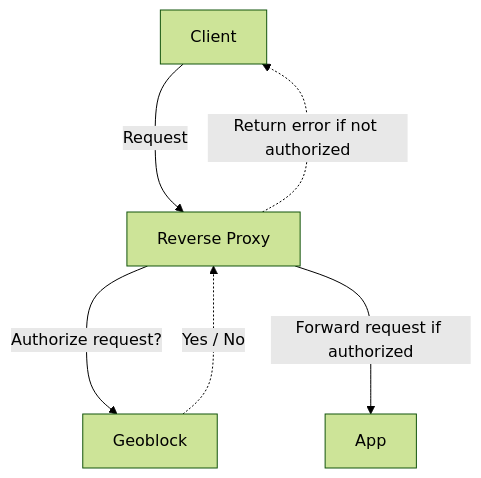
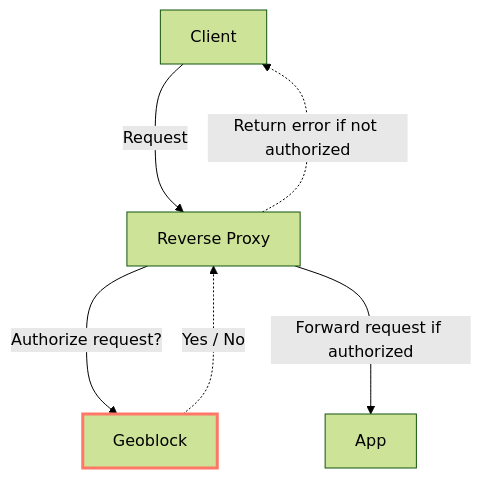
Before and after one commit to danroc/geoblock: the diagram in README.md, drawn with Mermaid (forest theme).

Commit message:
docs: highlight Geoblock node in architecture diagram (#426)

````diff
--- a/README.md
+++ b/README.md
@@ -56,13 +56,15 @@
 ```mermaid
 flowchart TD
   Client
   Proxy["Reverse Proxy"]
   App
   Geoblock
 
   Client --->|Request| Proxy
   Proxy --->|Authorize request?| Geoblock
   Geoblock -..->|Yes / No| Proxy
   Proxy -..->|Return error if not authorized| Client
   Proxy --->|Forward request if authorized| App
+
+  style Geoblock stroke:#f76,stroke-width:3px
 ```
````
